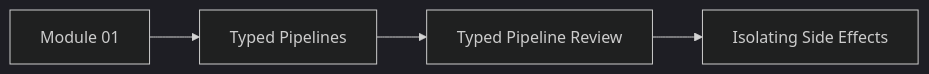
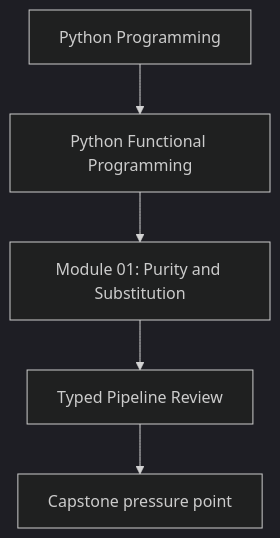
The first of 2 diagrams in programs/python-programming/python-functional-programming/course-book/module-01-purity-and-substitution/typed-pipeline-review.md (bijux/bijux-masterclass), drawn with Mermaid (dark theme) before and after one commit. The commit also changed other lines of this file and 118 other files, not shown here.

Commit message:
docs(python-functional-programming): align concept page diagrams

````diff
--- a/programs/python-programming/python-functional-programming/course-book/module-01-purity-and-substitution/typed-pipeline-review.md
+++ b/programs/python-programming/python-functional-programming/course-book/module-01-purity-and-substitution/typed-pipeline-review.md
@@ -7,6 +7,7 @@
 ```mermaid
-graph LR
-  module["Module 01"] --> typed["Typed Pipelines"]
-  typed --> review["Typed Pipeline Review"]
-  review --> next["Isolating Side Effects"]
+flowchart TD
+  family["Python Programming"] --> program["Python Functional Programming"]
+  program --> module["Module 01: Purity and Substitution"]
+  module --> concept["Typed Pipeline Review"]
+  concept --> capstone["Capstone pressure point"]
 ```
````
